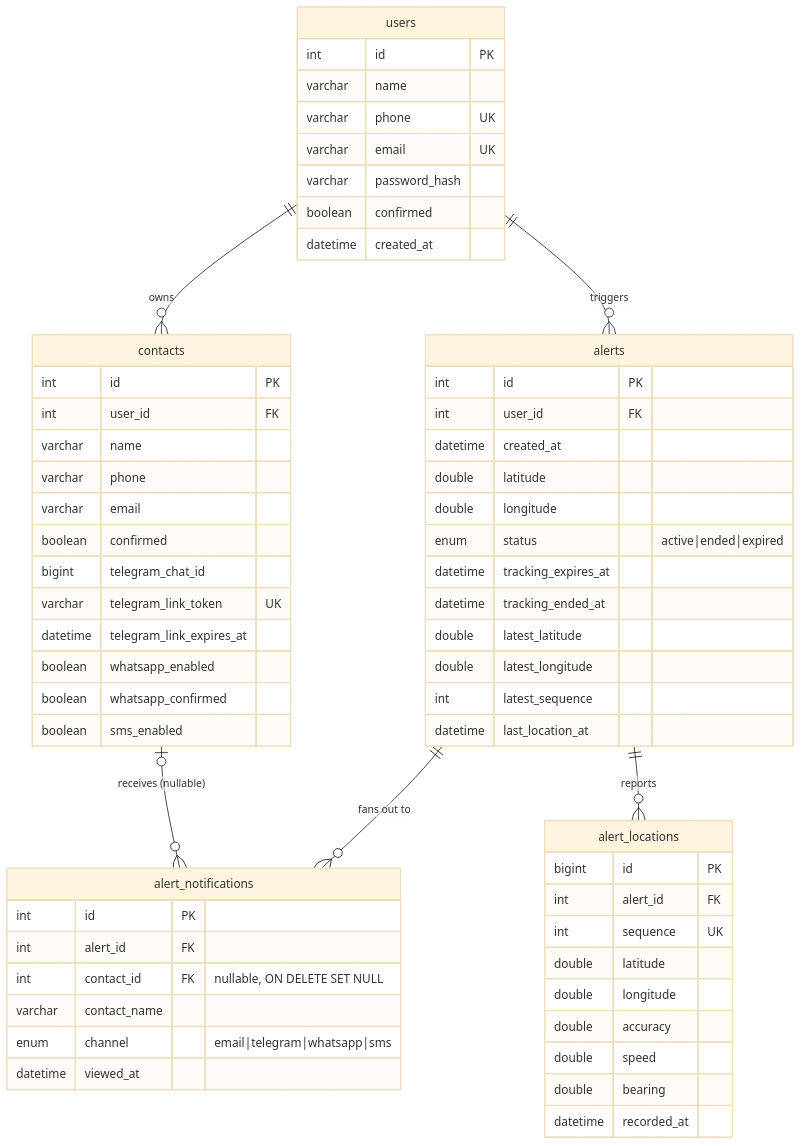
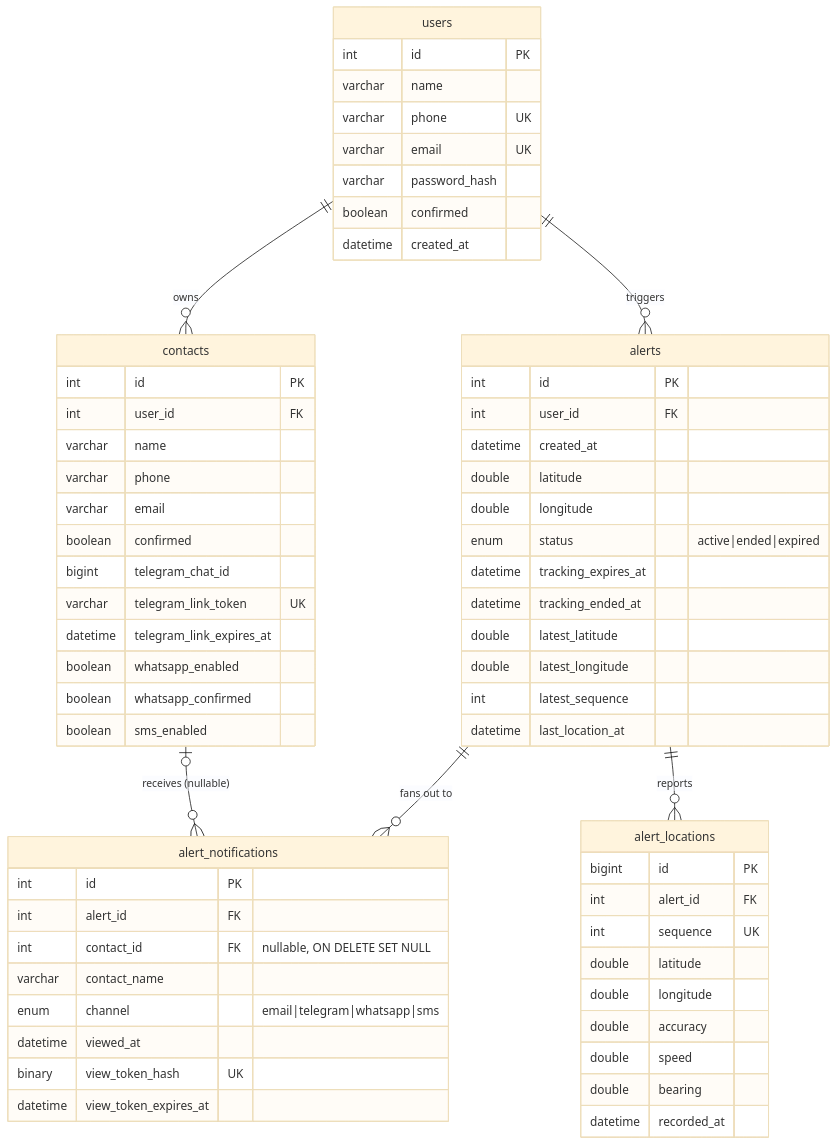
Before and after one commit to skellent/iOS-compiler: the diagram in docs/backend/database.md, drawn with Mermaid (base theme). The commit also changed other lines of this file and 18 other files, not shown here.

````diff
--- a/docs/backend/database.md
+++ b/docs/backend/database.md
@@ -7,65 +7,67 @@
 ```mermaid
 erDiagram
     users ||--o{ contacts : owns
     users ||--o{ alerts : triggers
     alerts ||--o{ alert_notifications : "fans out to"
     alerts ||--o{ alert_locations : "reports"
     contacts |o--o{ alert_notifications : "receives (nullable)"
 
     users {
         int id PK
         varchar name
         varchar phone UK
         varchar email UK
         varchar password_hash
         boolean confirmed
         datetime created_at
     }
     contacts {
         int id PK
         int user_id FK
         varchar name
         varchar phone
         varchar email
         boolean confirmed
         bigint telegram_chat_id
         varchar telegram_link_token UK
         datetime telegram_link_expires_at
         boolean whatsapp_enabled
         boolean whatsapp_confirmed
         boolean sms_enabled
     }
     alerts {
         int id PK
         int user_id FK
         datetime created_at
         double latitude
         double longitude
         enum status "active|ended|expired"
         datetime tracking_expires_at
         datetime tracking_ended_at
         double latest_latitude
         double latest_longitude
         int latest_sequence
         datetime last_location_at
     }
     alert_locations {
         bigint id PK
         int alert_id FK
         int sequence UK
         double latitude
         double longitude
         double accuracy
         double speed
         double bearing
         datetime recorded_at
     }
     alert_notifications {
         int id PK
         int alert_id FK
         int contact_id FK "nullable, ON DELETE SET NULL"
         varchar contact_name
         enum channel "email|telegram|whatsapp|sms"
         datetime viewed_at
+        binary view_token_hash UK
+        datetime view_token_expires_at
     }
 ```
````
